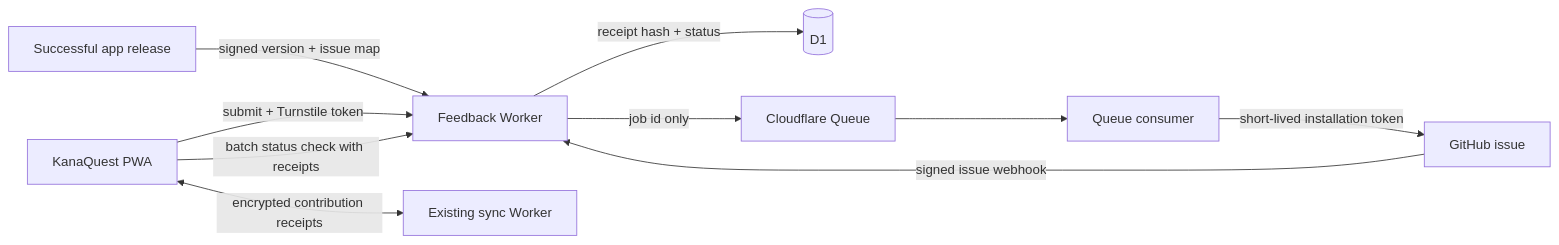
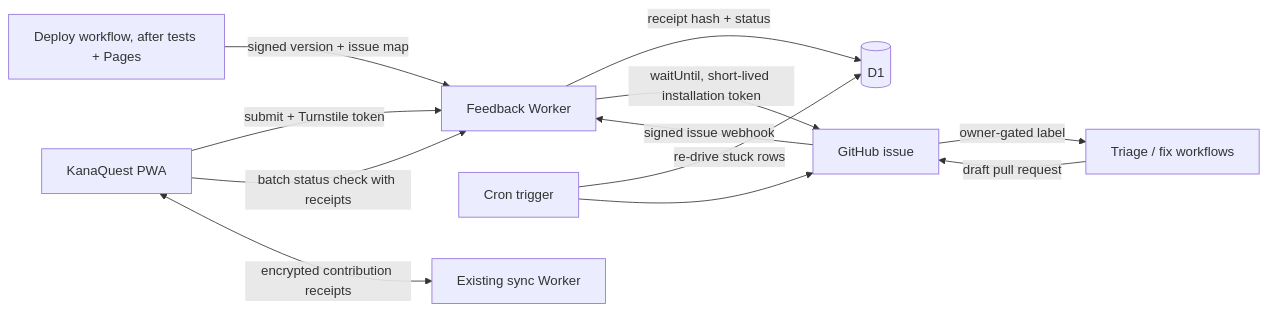
Before and after one commit to natembriggs/kana-quest: the diagram in feedback-plan.md, drawn with Mermaid. The commit also changed other lines of this file, not shown here.

First line of the commit message:
docs: revise feedback plan around release automation

````diff
--- a/feedback-plan.md
+++ b/feedback-plan.md
@@ -108,12 +192,14 @@
 ```mermaid
 flowchart LR
     PWA[KanaQuest PWA] -->|submit + Turnstile token| API[Feedback Worker]
     API -->|receipt hash + status| D1[(D1)]
-    API -->|job id only| Q[Cloudflare Queue]
-    Q --> C[Queue consumer]
-    C -->|short-lived installation token| GH[GitHub issue]
+    API -->|waitUntil, short-lived installation token| GH[GitHub issue]
+    CRON[Cron trigger] -->|re-drive stuck rows| D1
+    CRON --> GH
     GH -->|signed issue webhook| API
-    REL[Successful app release] -->|signed version + issue map| API
+    GH -->|owner-gated label| AGENT[Triage / fix workflows]
+    AGENT -->|draft pull request| GH
+    REL[Deploy workflow, after tests + Pages] -->|signed version + issue map| API
     PWA -->|batch status check with receipts| API
     PWA <-->|encrypted contribution receipts| SYNC[Existing sync Worker]
 ```
````
